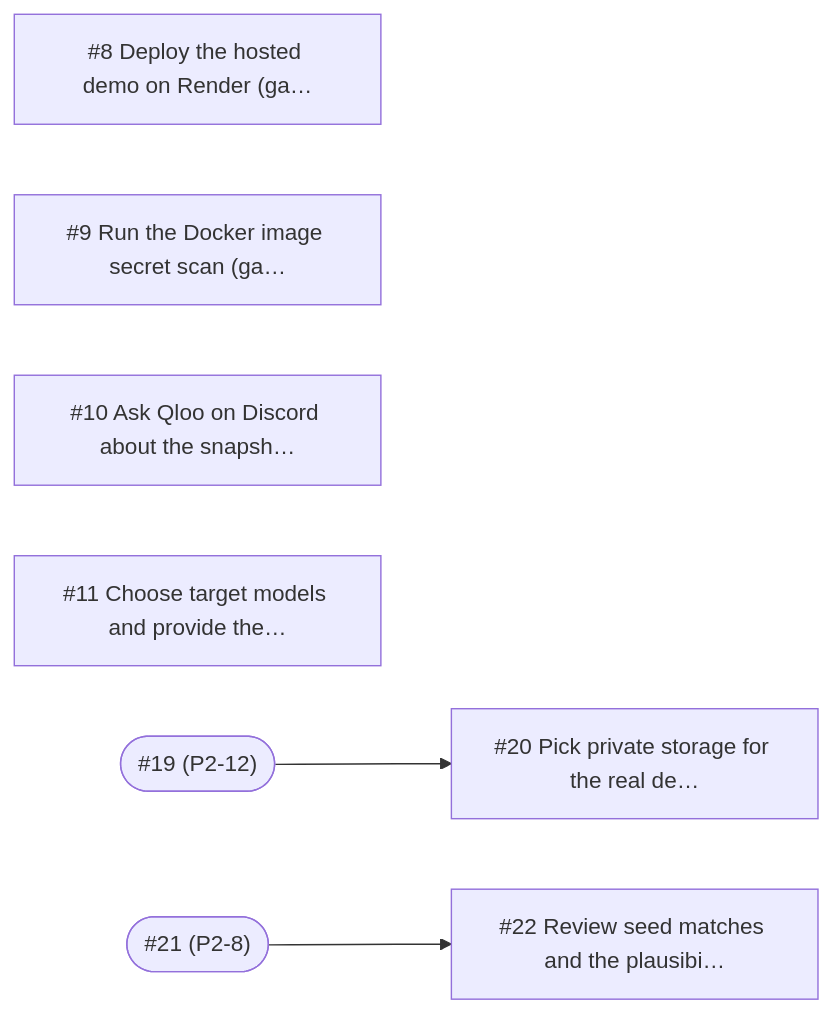
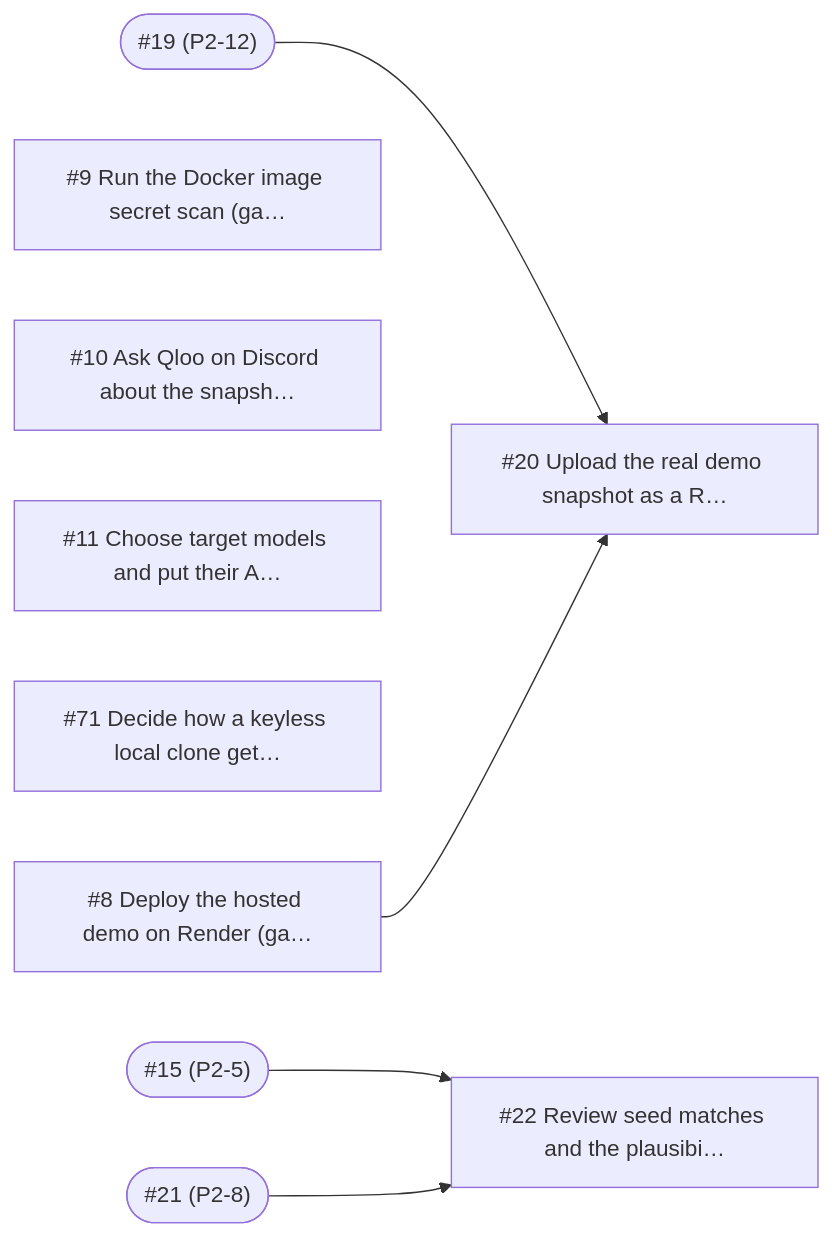
Before and after one commit to nexuszephyr/Blindspot: the second of 9 diagrams in docs/issues-guide.md, drawn with Mermaid. The commit also changed other lines of this file and 5 other files, not shown here.

````diff
--- a/docs/issues-guide.md
+++ b/docs/issues-guide.md
@@ -165,13 +168,17 @@
 ```mermaid
 flowchart LR
     U1["#8 Deploy the hosted demo on Render (ga…"]
     U2["#9 Run the Docker image secret scan (ga…"]
     U3["#10 Ask Qloo on Discord about the snapsh…"]
-    U4["#11 Choose target models and provide the…"]
-    U5["#20 Pick private storage for the real de…"]
+    U4["#11 Choose target models and put their A…"]
+    U5["#20 Upload the real demo snapshot as a R…"]
     U6["#22 Review seed matches and the plausibi…"]
+    U7["#71 Decide how a keyless local clone get…"]
+    P2_5(["#15 (P2-5)"])
     P2_12(["#19 (P2-12)"])
     P2_8(["#21 (P2-8)"])
     P2_12 --> U5
+    U1 --> U5
+    P2_5 --> U6
     P2_8 --> U6
 ```
````
